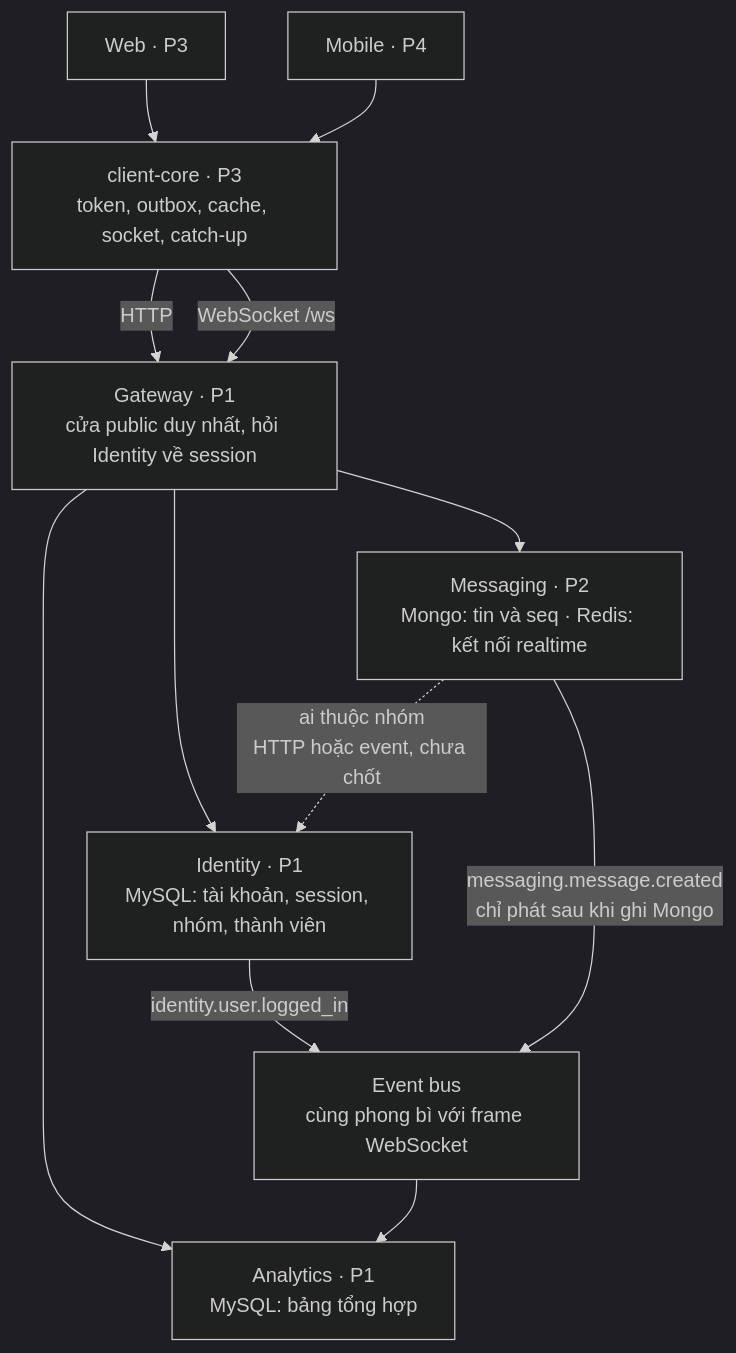
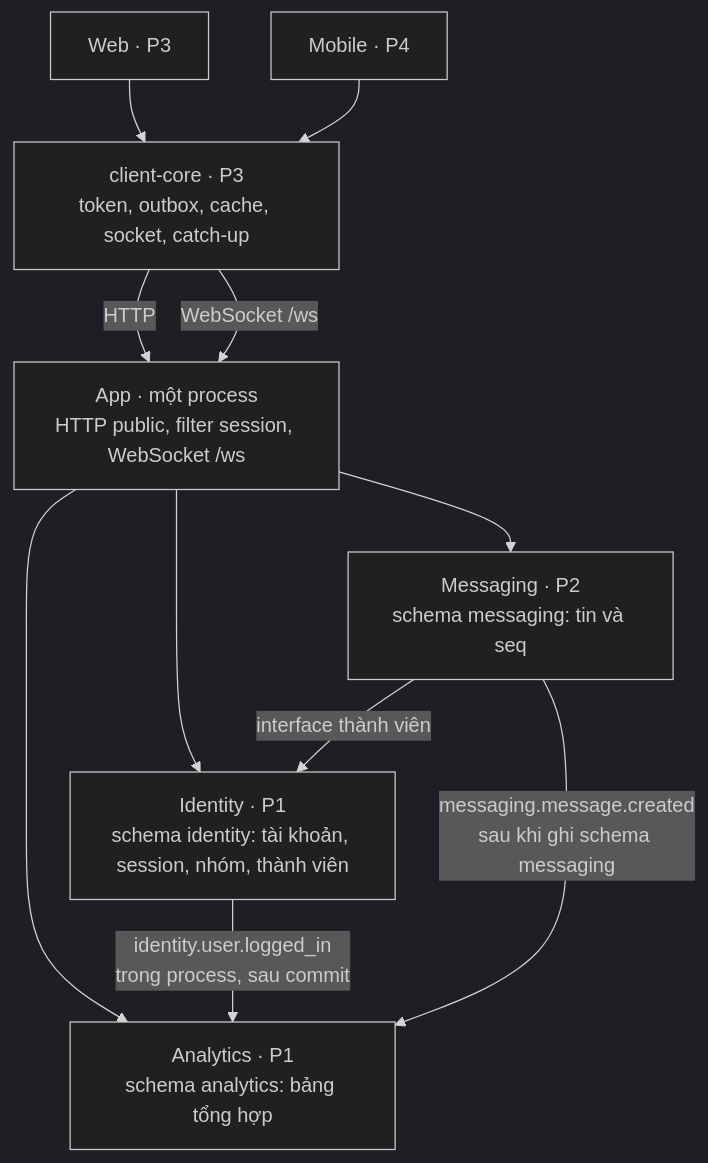
Before and after one commit to nanangn57/haloZalo: the diagram in doc/timeline.md, drawn with Mermaid (dark theme). The commit also changed other lines of this file and 19 other files, not shown here.

First line of the commit message:
Switch the backend to one process and one MySQL so the weekly cloud deploy stays a single command.

````diff
--- a/doc/timeline.md
+++ b/doc/timeline.md
@@ -13,27 +13,24 @@
 ```mermaid
 flowchart TB
   web["Web · P3"]
   mobile["Mobile · P4"]
   core["client-core · P3<br/>token, outbox, cache, socket, catch-up"]
   web --> core
   mobile --> core
 
-  gw["Gateway · P1<br/>cửa public duy nhất, hỏi Identity về session"]
-  core -->|"HTTP"| gw
-  core -->|"WebSocket /ws"| gw
+  app["App · một process<br/>HTTP public, filter session, WebSocket /ws"]
+  core -->|"HTTP"| app
+  core -->|"WebSocket /ws"| app
 
-  id["Identity · P1<br/>MySQL: tài khoản, session, nhóm, thành viên"]
-  msg["Messaging · P2<br/>Mongo: tin và seq · Redis: kết nối realtime"]
-  an["Analytics · P1<br/>MySQL: bảng tổng hợp"]
+  id["Identity · P1<br/>schema identity: tài khoản, session, nhóm, thành viên"]
+  msg["Messaging · P2<br/>schema messaging: tin và seq"]
+  an["Analytics · P1<br/>schema analytics: bảng tổng hợp"]
 
-  gw --> id
-  gw --> msg
-  gw --> an
+  app --> id
+  app --> msg
+  app --> an
 
-  bus["Event bus<br/>cùng phong bì với frame WebSocket"]
-  id -->|"identity.user.logged_in"| bus
-  msg -->|"messaging.message.created<br/>chỉ phát sau khi ghi Mongo"| bus
-  bus --> an
-
-  msg -.->|"ai thuộc nhóm<br/>HTTP hoặc event, chưa chốt"| id
+  id -->|"identity.user.logged_in<br/>trong process, sau commit"| an
+  msg -->|"messaging.message.created<br/>sau khi ghi schema messaging"| an
+  msg -->|"interface thành viên"| id
 ```
````
